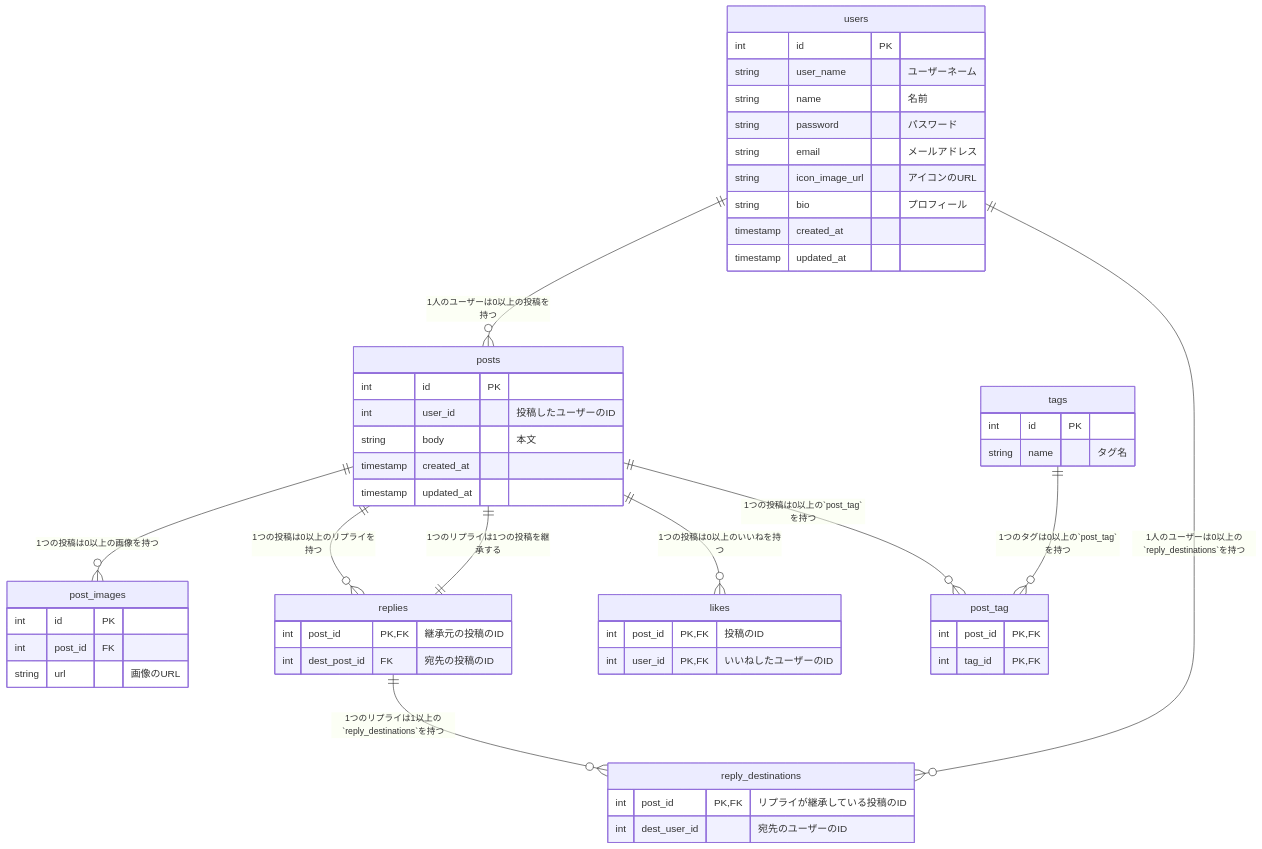
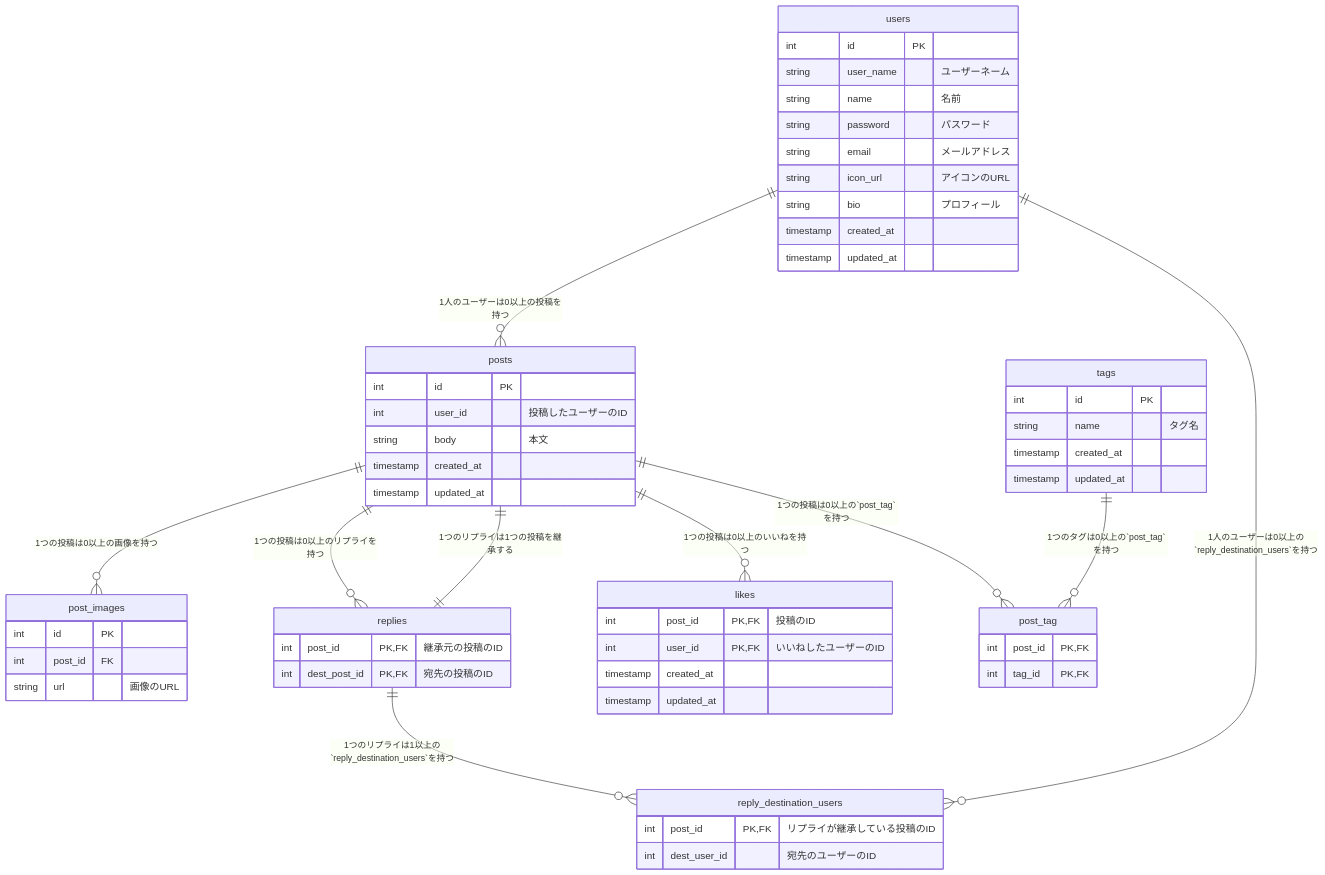
The diagram in README.md (kngnkg/tunetrail-proto), drawn with Mermaid before and after one commit. The commit also changed 1 other file, not shown here.

Commit message:
Add: database schema

````diff
--- a/README.md
+++ b/README.md
@@ -29,65 +29,69 @@
 ```mermaid
 erDiagram
 
 users {
     int id PK
     string user_name "ユーザーネーム"
     string name "名前"
     string password "パスワード"
     string email "メールアドレス"
-    string icon_image_url "アイコンのURL"
+    string icon_url "アイコンのURL"
     string bio "プロフィール"
     timestamp created_at
     timestamp updated_at
 }
 
 posts {
     int id PK
     int user_id "投稿したユーザーのID"
     string body "本文"
     timestamp created_at
     timestamp updated_at
 }
 
 post_images {
     int id PK
     int post_id FK
     string url "画像のURL"
 }
 
 replies {
     int post_id PK,FK "継承元の投稿のID"
-    int dest_post_id FK "宛先の投稿のID"
+    int dest_post_id PK,FK "宛先の投稿のID"
 }
 
-reply_destinations {
+reply_destination_users {
     int post_id PK,FK "リプライが継承している投稿のID"
     int dest_user_id "宛先のユーザーのID"
 }
 
 likes {
     int post_id PK,FK "投稿のID"
     int user_id PK,FK "いいねしたユーザーのID"
+    timestamp created_at
+    timestamp updated_at
 }
 
 post_tag {
     int post_id PK,FK
     int tag_id PK,FK
 }
 
 tags {
     int id PK
     string name "タグ名"
+    timestamp created_at
+    timestamp updated_at
 }
 
 users ||--o{ posts : "1人のユーザーは0以上の投稿を持つ"
 posts ||--o{ post_images: "1つの投稿は0以上の画像を持つ"
 posts ||--o{ replies : "1つの投稿は0以上のリプライを持つ"
 posts ||--|| replies : "1つのリプライは1つの投稿を継承する"
 posts ||--o{ likes : "1つの投稿は0以上のいいねを持つ"
 posts ||--o{ post_tag : "1つの投稿は0以上の`post_tag`を持つ"
 tags ||--o{ post_tag : "1つのタグは0以上の`post_tag`を持つ"
-replies ||--o{ reply_destinations: "1つのリプライは1以上の`reply_destinations`を持つ"
-users ||--o{ reply_destinations: "1人のユーザーは0以上の`reply_destinations`を持つ"
+replies ||--o{ reply_destination_users: "1つのリプライは1以上の`reply_destination_users`を持つ"
+users ||--o{ reply_destination_users: "1人のユーザーは0以上の`reply_destination_users`を持つ"
 
 ```
````
